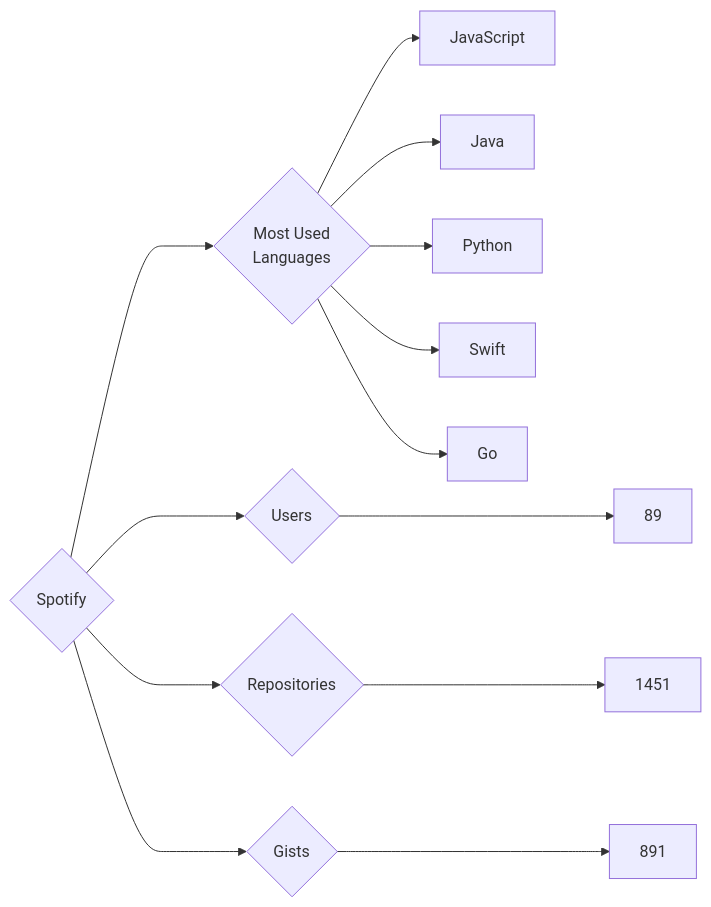
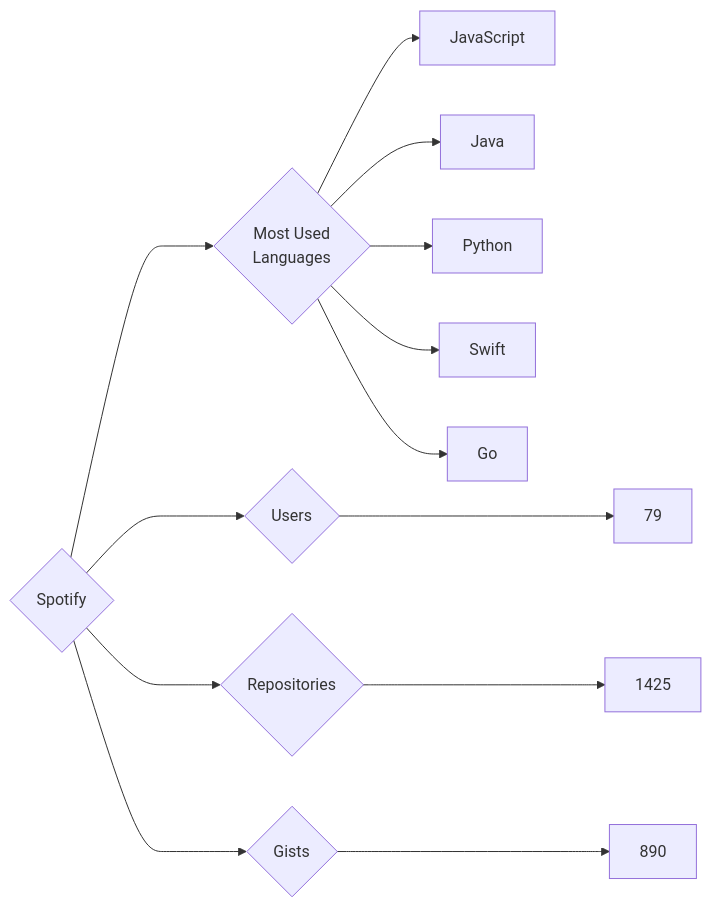
Before and after one commit to trickest/insiders: the diagram in targets/Spotify/README.md, drawn with Mermaid. The commit also changed 851 other files, not shown here.

````diff
--- a/targets/Spotify/README.md
+++ b/targets/Spotify/README.md
@@ -3,13 +3,13 @@
 ```mermaid
 graph LR
 COMPANY_NAME{Spotify}
-COMPANY_NAME ---> U{Users} ---> UN[89]
-COMPANY_NAME ---> R{Repositories} ---> RN[1451]
-COMPANY_NAME ---> G{Gists} ---> GN[891]
+COMPANY_NAME ---> U{Users} ---> UN[79]
+COMPANY_NAME ---> R{Repositories} ---> RN[1425]
+COMPANY_NAME ---> G{Gists} ---> GN[890]
 COMPANY_NAME ---> ML{Most Used<br>Languages}
 ML --> JavaScript[JavaScript]
 ML --> Java[Java]
 ML --> Python[Python]
 ML --> Swift[Swift]
 ML --> Go[Go]
 ```
````
